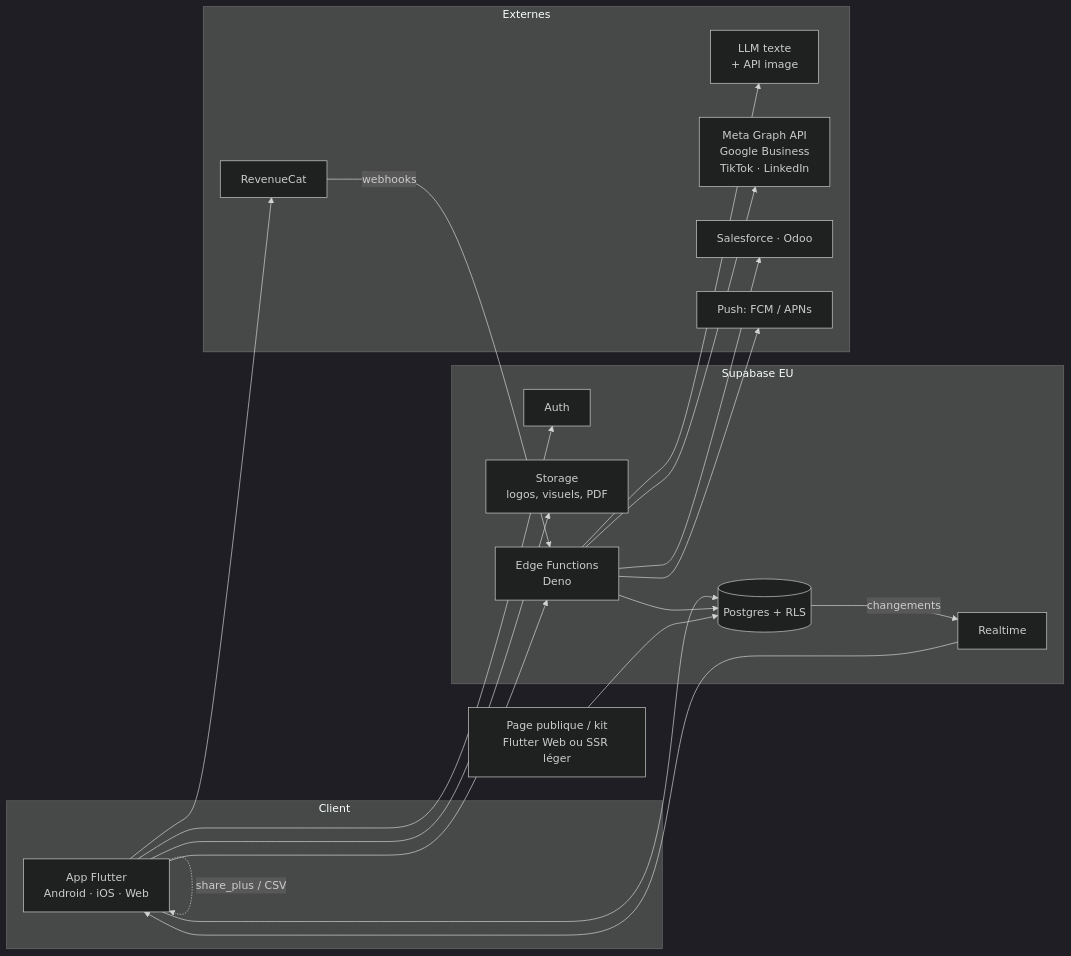
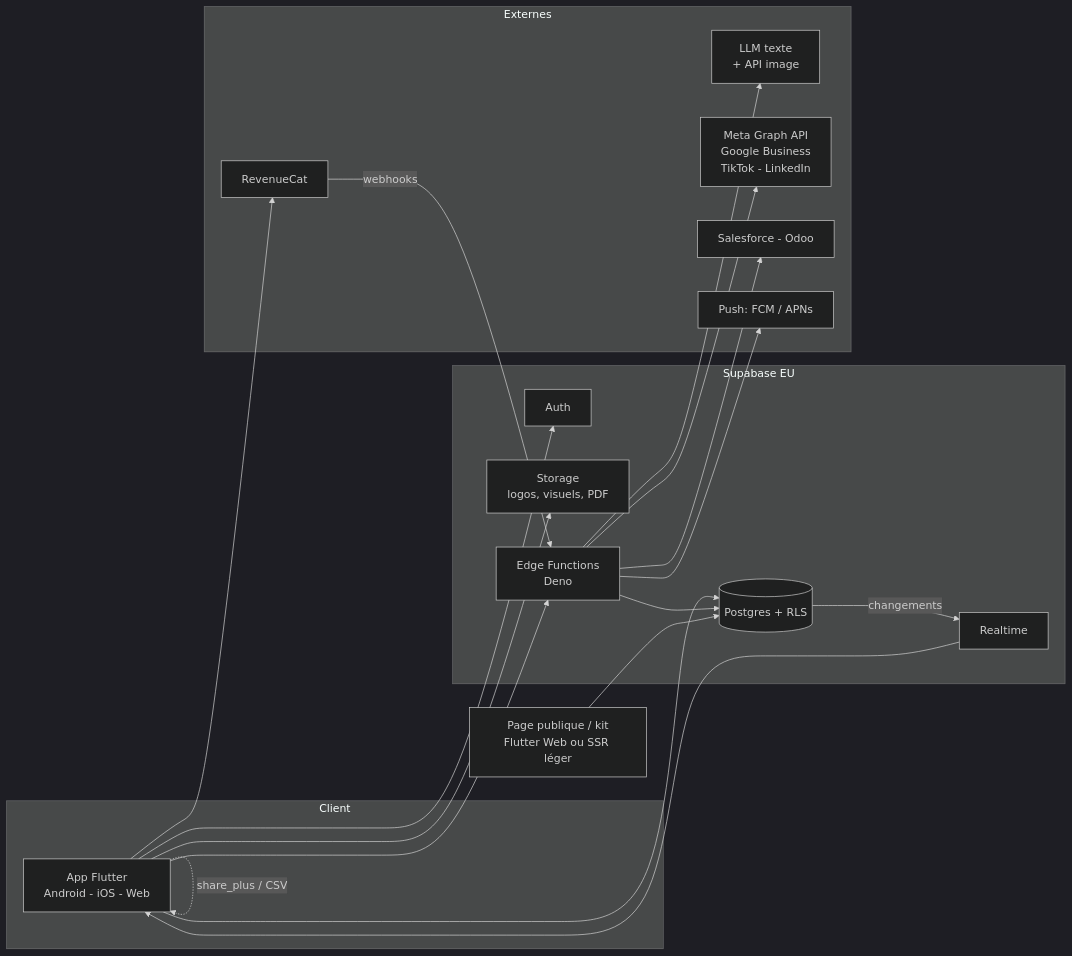
The first of 4 diagrams in docs/07-architecture.md (nadorator/flyer), drawn with Mermaid (dark theme) before and after one commit. The commit also changed other lines of this file and 13 other files, not shown here.

````diff
--- a/docs/07-architecture.md
+++ b/docs/07-architecture.md
@@ -7,34 +7,34 @@
 ```mermaid
 graph LR
   subgraph Client
-    A[App Flutter<br/>Android · iOS · Web]
+    A[App Flutter<br/>Android - iOS - Web]
   end
   subgraph Supabase EU
     B[Auth]
     C[(Postgres + RLS)]
     D[Storage<br/>logos, visuels, PDF]
     E[Edge Functions<br/>Deno]
     R[Realtime]
   end
   subgraph Externes
     F[LLM texte<br/>+ API image]
-    G[Meta Graph API<br/>Google Business<br/>TikTok · LinkedIn]
-    H[Salesforce · Odoo]
+    G[Meta Graph API<br/>Google Business<br/>TikTok - LinkedIn]
+    H[Salesforce - Odoo]
     I[RevenueCat]
     J[Push: FCM / APNs]
   end
   A --> B
   A --> C
   A --> D
   A --> E
   A -. share_plus / CSV .-> A
   A --> I
   I -- webhooks --> E
   E --> F
   E --> G
   E --> H
   E --> C
   E --> J
   C -- changements --> R --> A
   K[Page publique / kit<br/>Flutter Web ou SSR léger] --> C
 ```
````
